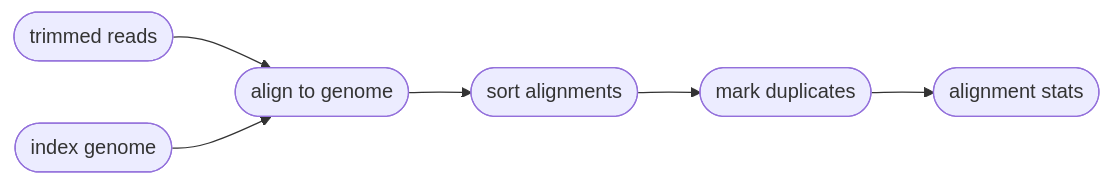
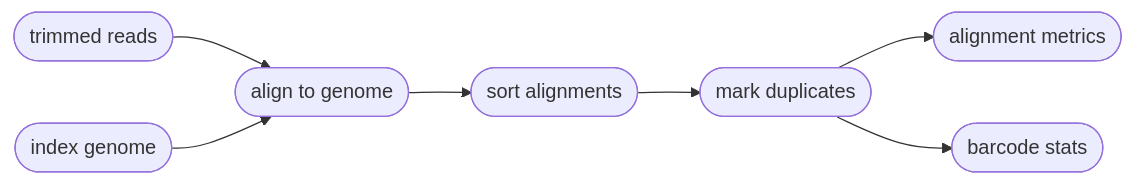
The first of 2 diagrams in Modules/align.md (pdimens/harpy), drawn with Mermaid before and after one commit. The commit also changed other lines of this file and 1 other file, not shown here.

````diff
--- a/Modules/align.md
+++ b/Modules/align.md
@@ -113,8 +113,9 @@
 ```mermaid
 graph LR
     Z([trimmed reads]) --> B
     A([index genome]) --> B([align to genome])
     B-->C([sort alignments])
     C-->D([mark duplicates])
-    D-->E([alignment stats])
+    D-->E([alignment metrics])
+    D-->F([barcode stats])
 ```
````
